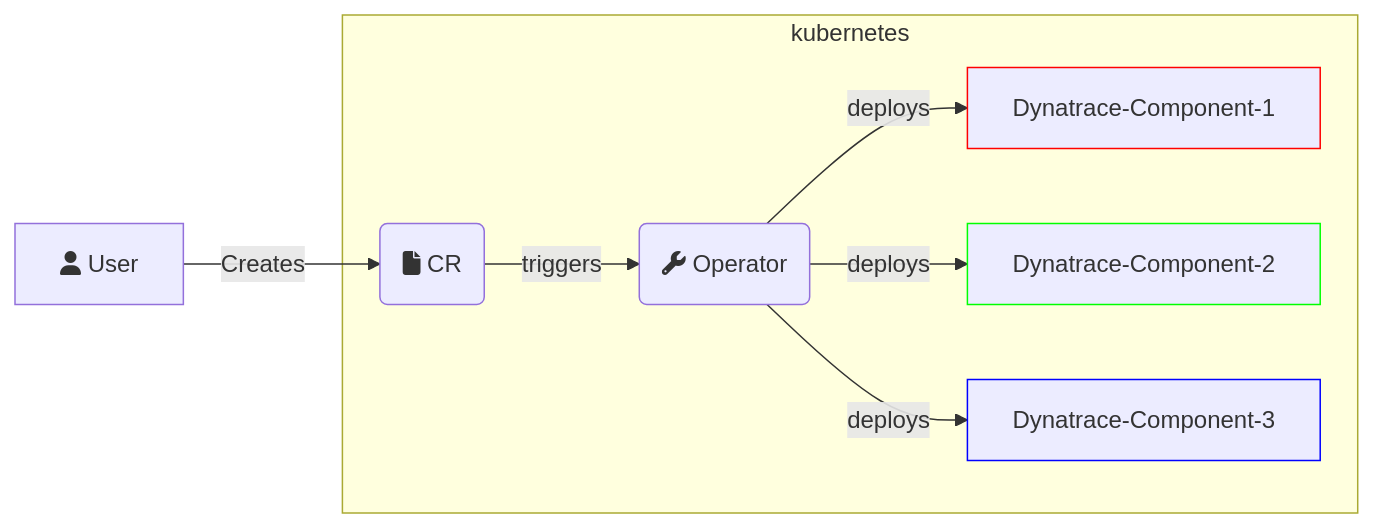
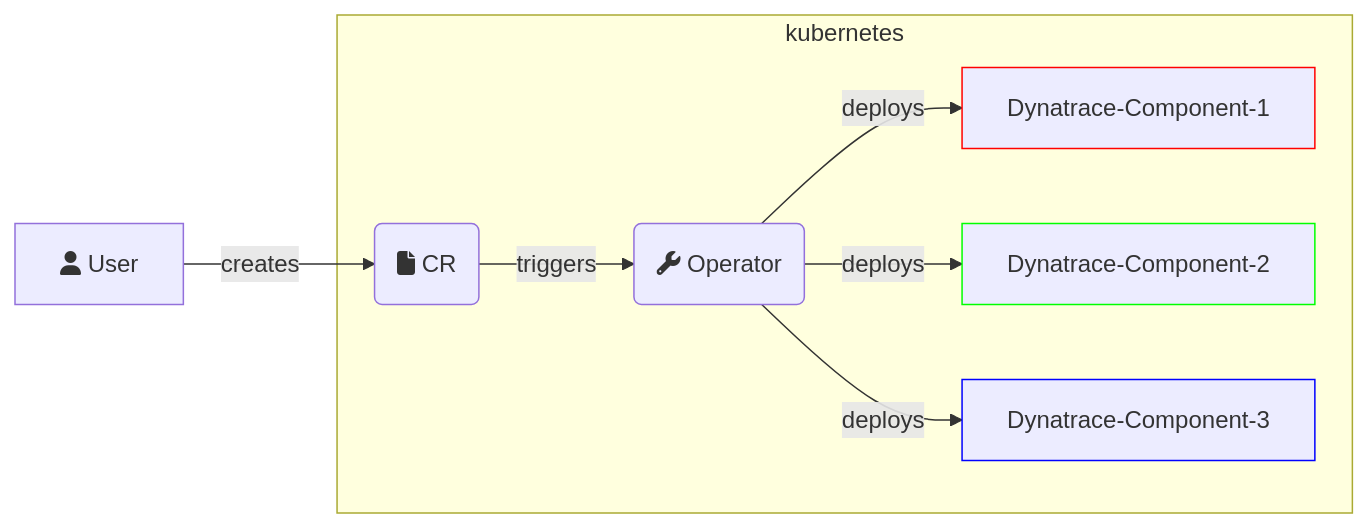
The diagram in ARCHITECTURE.md (Dynatrace/dynatrace-operator), drawn with Mermaid before and after one commit.

````diff
--- a/ARCHITECTURE.md
+++ b/ARCHITECTURE.md
@@ -6,14 +6,14 @@
 ```mermaid
 graph LR
-    A[fa:fa-user User] -->|Creates| B(fa:fa-file CR)
+    A[fa:fa-user User] -->|creates| B(fa:fa-file CR)
     subgraph kubernetes
     B --> |triggers| C(fa:fa-wrench Operator)
     C -->|deploys| D[Dynatrace-Component-1]:::dk1
     C -->|deploys| E[Dynatrace-Component-2]:::dk2
     C -->|deploys| F[Dynatrace-Component-3]:::dk3
     end
 
     classDef dk1 stroke:#f00
     classDef dk2 stroke:#0f0
     classDef dk3 stroke:#00f
 ```
````
